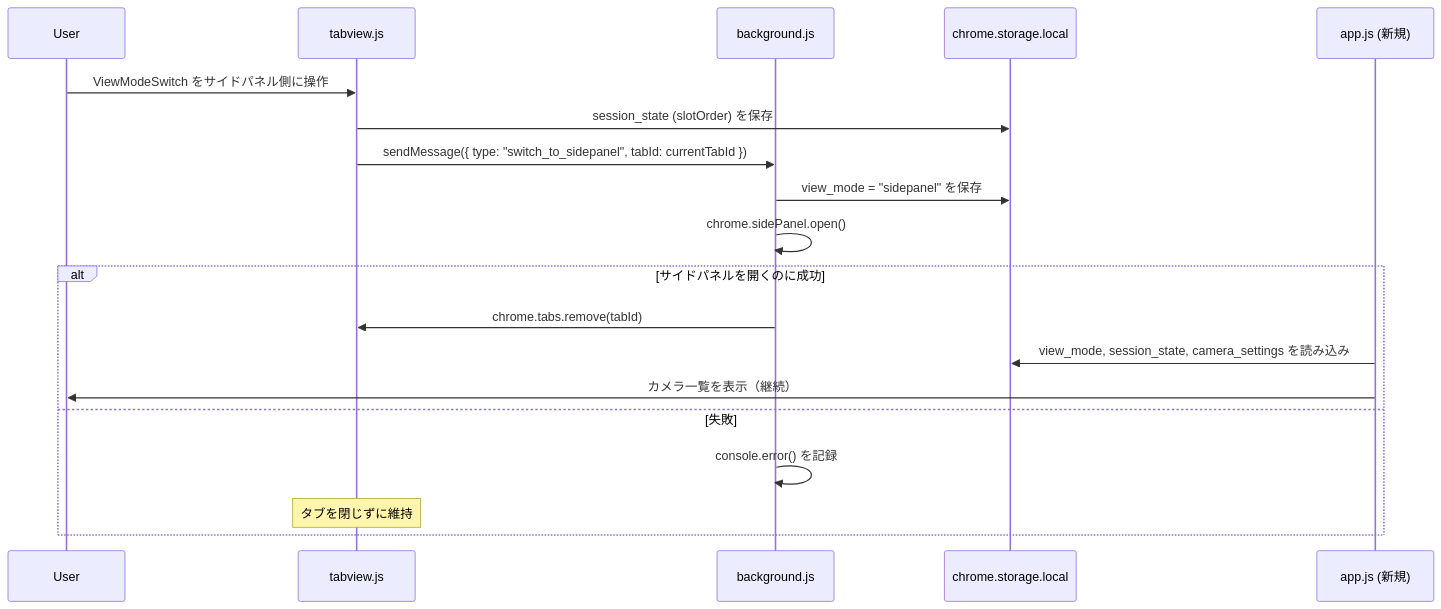
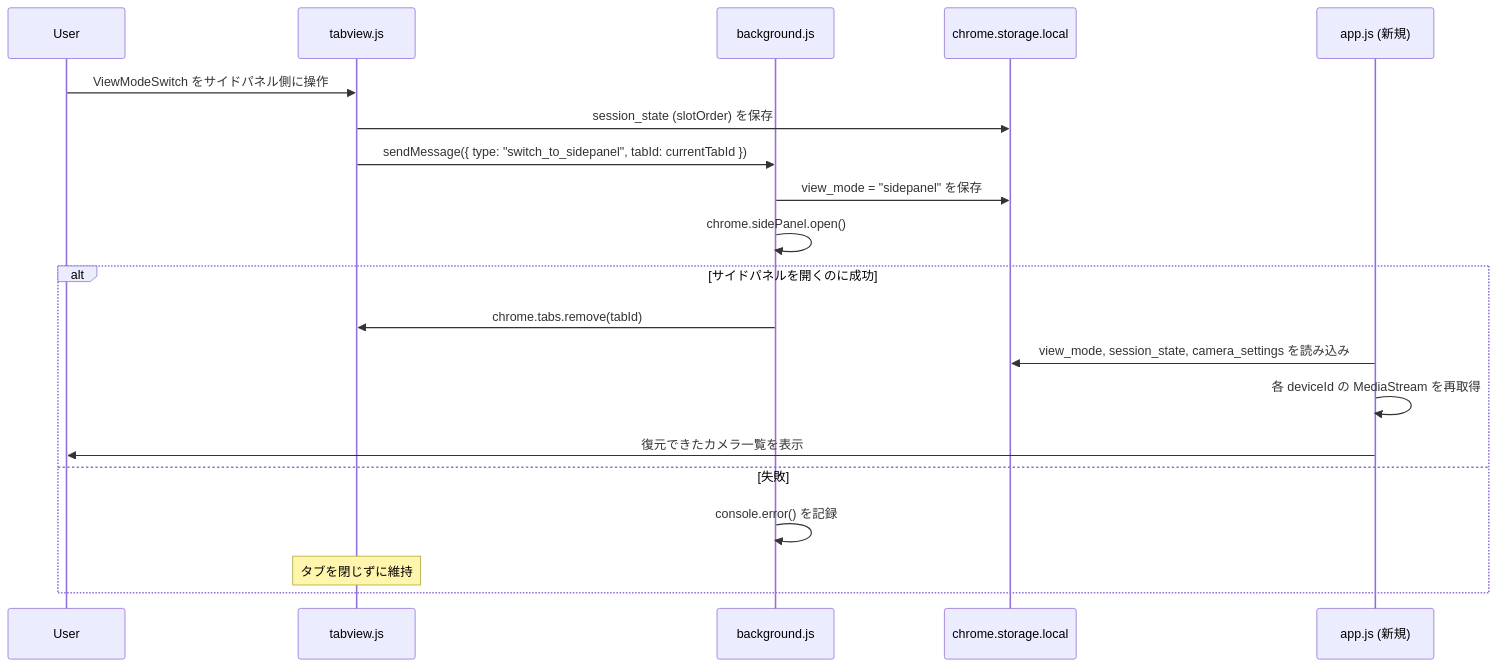
The third of 5 diagrams in .kiro/specs/0001_tab-view-mode/design.md (masanori-satake/OmniView-Solo), drawn with Mermaid before and after one commit. The commit also changed other lines of this file and 15 other files, not shown here.

````diff
--- a/.kiro/specs/0001_tab-view-mode/design.md
+++ b/.kiro/specs/0001_tab-view-mode/design.md
@@ -86,22 +93,23 @@
 ```mermaid
 sequenceDiagram
     participant User
     participant TV as tabview.js
     participant BG as background.js
     participant Store as chrome.storage.local
     participant SP as app.js (新規)
 
     User->>TV: ViewModeSwitch をサイドパネル側に操作
     TV->>Store: session_state (slotOrder) を保存
     TV->>BG: sendMessage({ type: "switch_to_sidepanel", tabId: currentTabId })
     BG->>Store: view_mode = "sidepanel" を保存
     BG->>BG: chrome.sidePanel.open()
     alt サイドパネルを開くのに成功
         BG->>TV: chrome.tabs.remove(tabId)
         SP->>Store: view_mode, session_state, camera_settings を読み込み
-        SP->>User: カメラ一覧を表示（継続）
+        SP->>SP: 各 deviceId の MediaStream を再取得
+        SP->>User: 復元できたカメラ一覧を表示
     else 失敗
         BG->>BG: console.error() を記録
         Note over TV: タブを閉じずに維持
     end
 ```
````
